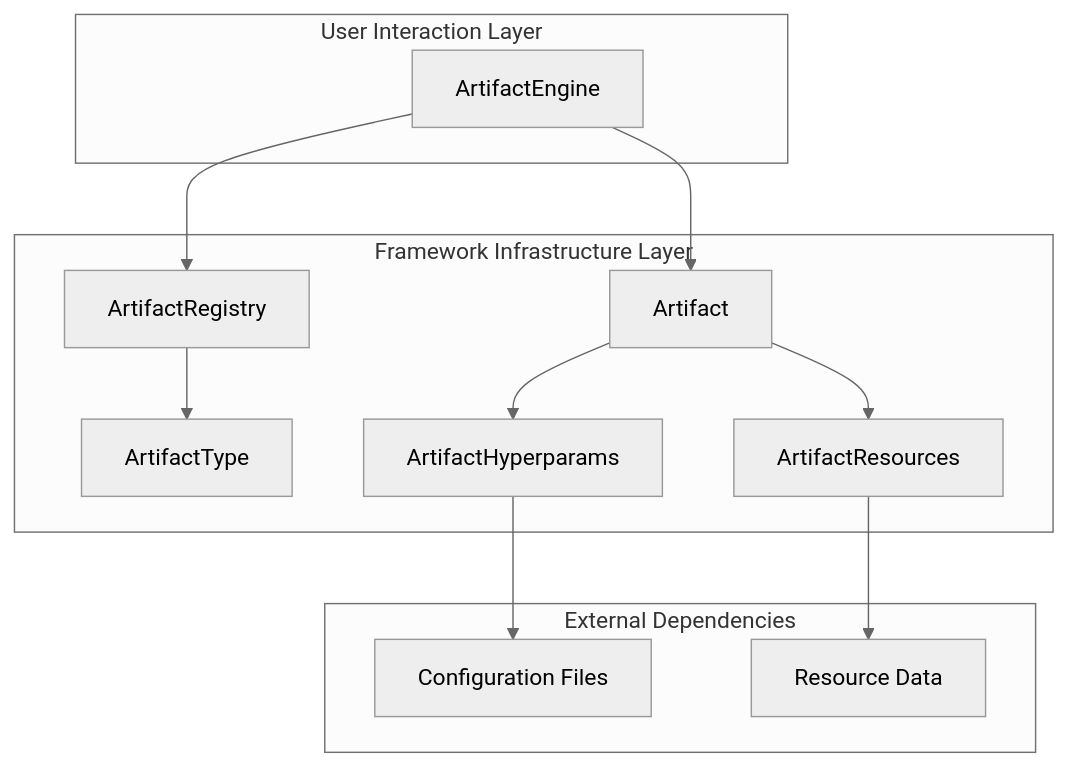
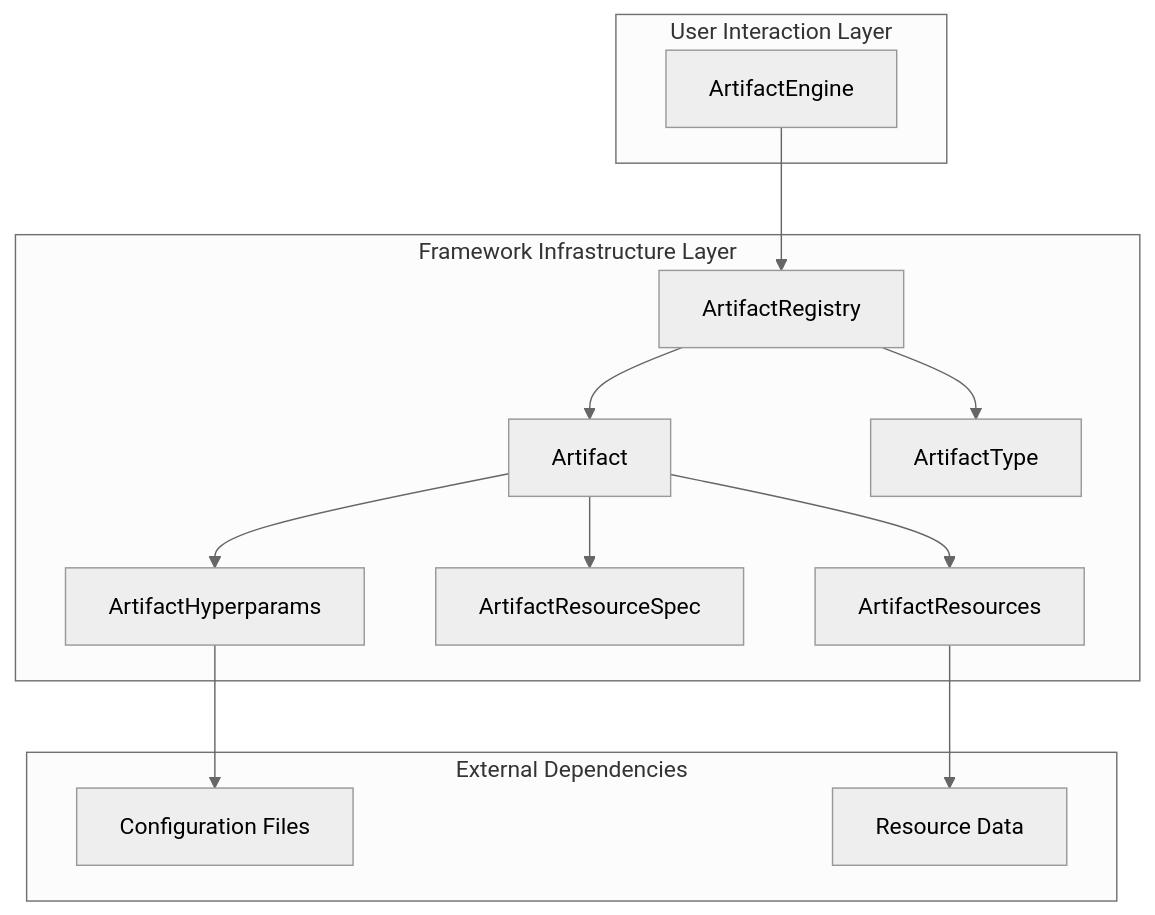
Before and after one commit to vasileios-ektor-papoulias/artifact-ml: the diagram in artifact-core/README.md, drawn with Mermaid (neutral theme). The commit also changed other lines of this file and 5 other files, not shown here.

````diff
--- a/artifact-core/README.md
+++ b/artifact-core/README.md
@@ -117,28 +107,30 @@
 ```mermaid
 graph TB
     subgraph "User Interaction Layer"
         AE[ArtifactEngine]
     end
     
     subgraph "Framework Infrastructure Layer"
         A[Artifact]
         AREG[ArtifactRegistry]
         AT[ArtifactType]
         AR[ArtifactResources]
+        ARS[ArtifactResourceSpec]
         AH[ArtifactHyperparams]
     end
     
     subgraph "External Dependencies"
         Config["Configuration Files"]
         Data["Resource Data"]
     end
     
     %% Dependencies (A uses B)
-    AE --> A
     AE --> AREG
     AREG --> AT
+    AREG --> A
     A --> AR
+    A --> ARS
     A --> AH
     AH --> Config
     AR --> Data
 ```
````
